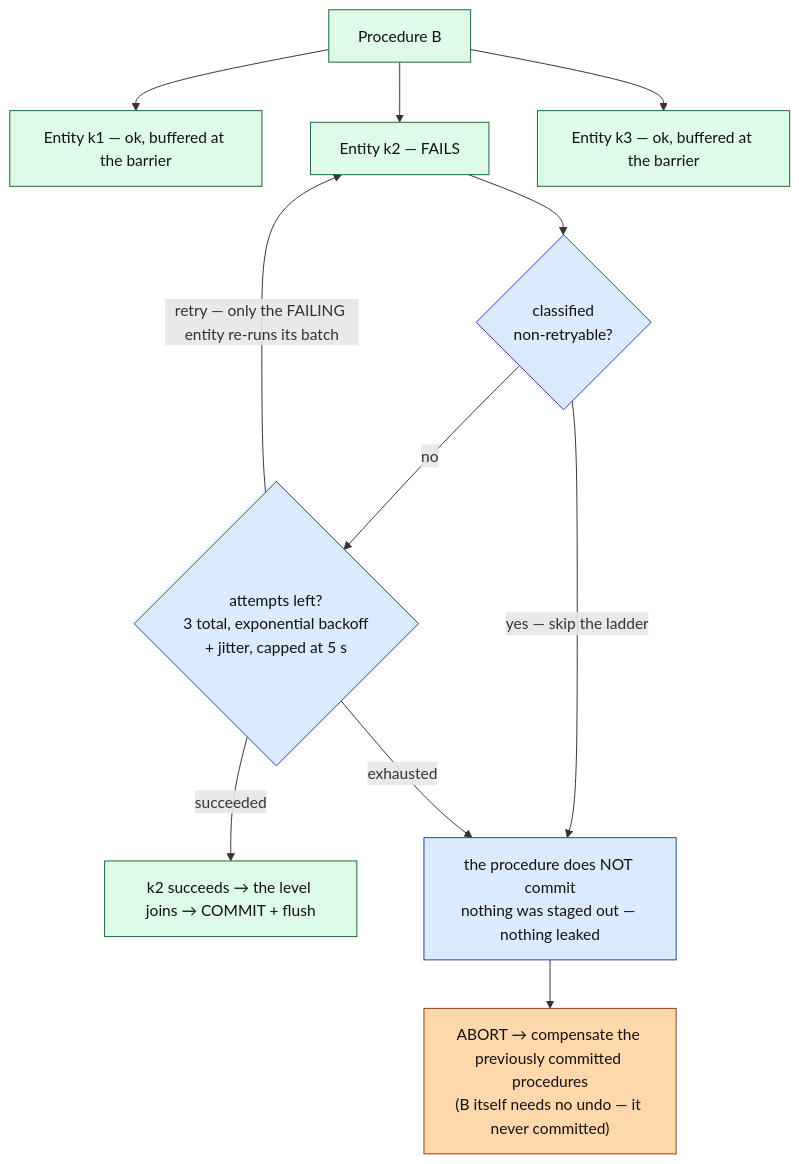
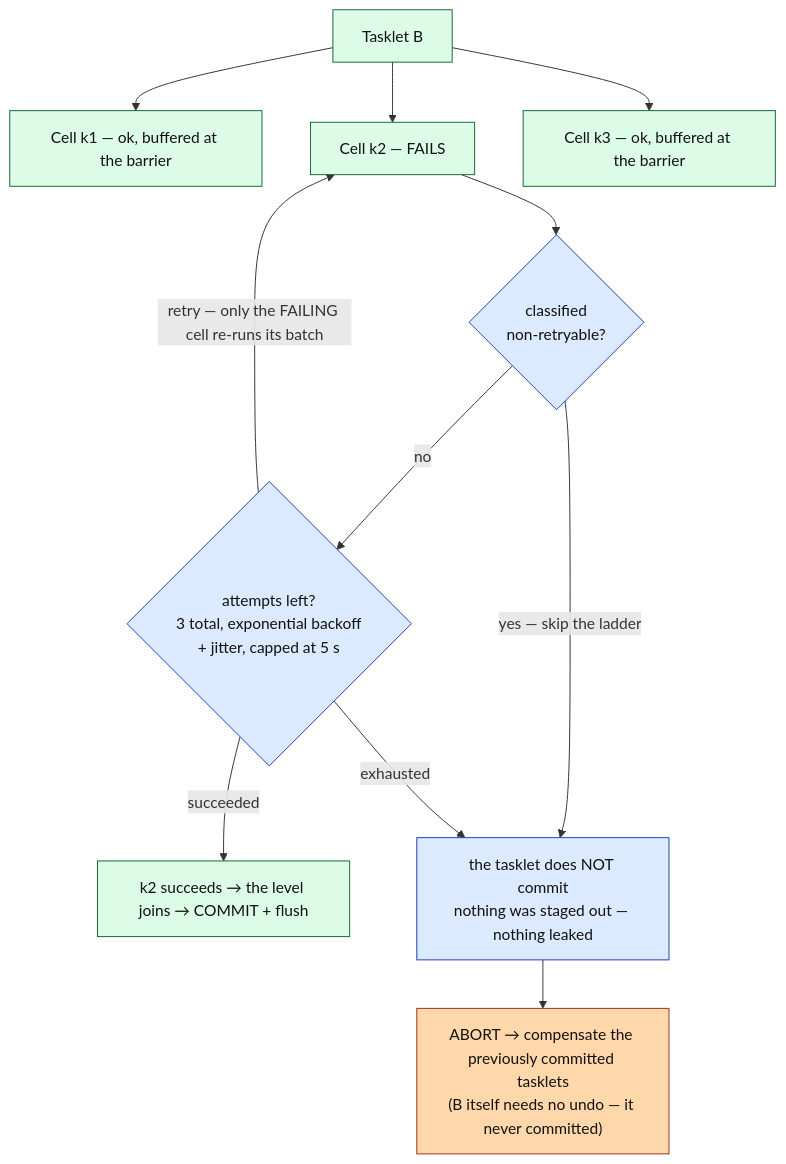
Before and after one commit to Flezha/flezha: the fourth of 8 diagrams in docs/architecture/workflow_profile.md, drawn with Mermaid. The commit also changed other lines of this file and 604 other files, not shown here.

First line of the commit message:
Rename Procedure to Tasklet and Entity to Cell

````diff
--- a/docs/architecture/workflow_profile.md
+++ b/docs/architecture/workflow_profile.md
@@ -189,27 +189,27 @@
 ```mermaid
 flowchart TB
-    B["Procedure B"]:::exec
-    K1["Entity k1 — ok, buffered at the barrier"]:::exec
-    K2["Entity k2 — FAILS"]:::exec
-    K3["Entity k3 — ok, buffered at the barrier"]:::exec
+    B["Tasklet B"]:::exec
+    K1["Cell k1 — ok, buffered at the barrier"]:::exec
+    K2["Cell k2 — FAILS"]:::exec
+    K3["Cell k3 — ok, buffered at the barrier"]:::exec
     RT{"attempts left?<br/>3 total, exponential backoff<br/>+ jitter, capped at 5 s"}:::ctrl
     NR{"classified<br/>non-retryable?"}:::ctrl
     OK["k2 succeeds → the level joins → COMMIT + flush"]:::exec
-    FAIL["the procedure does NOT commit<br/>nothing was staged out — nothing leaked"]:::ctrl
-    ABORT["ABORT → compensate the previously committed procedures<br/>(B itself needs no undo — it never committed)"]:::sink
+    FAIL["the tasklet does NOT commit<br/>nothing was staged out — nothing leaked"]:::ctrl
+    ABORT["ABORT → compensate the previously committed tasklets<br/>(B itself needs no undo — it never committed)"]:::sink
 
     B --> K1
     B --> K2
     B --> K3
     K2 --> NR
     NR -->|"yes — skip the ladder"| FAIL
     NR -->|"no"| RT
-    RT -->|"retry — only the FAILING entity re-runs its batch"| K2
+    RT -->|"retry — only the FAILING cell re-runs its batch"| K2
     RT -->|"succeeded"| OK
     RT -->|"exhausted"| FAIL
     FAIL --> ABORT
 
     classDef ctrl fill:#dbeafe,stroke:#1e40af,color:#111
     classDef exec fill:#dcfce7,stroke:#166534,color:#111
     classDef sink fill:#fed7aa,stroke:#9a3412,color:#111
 ```
````
